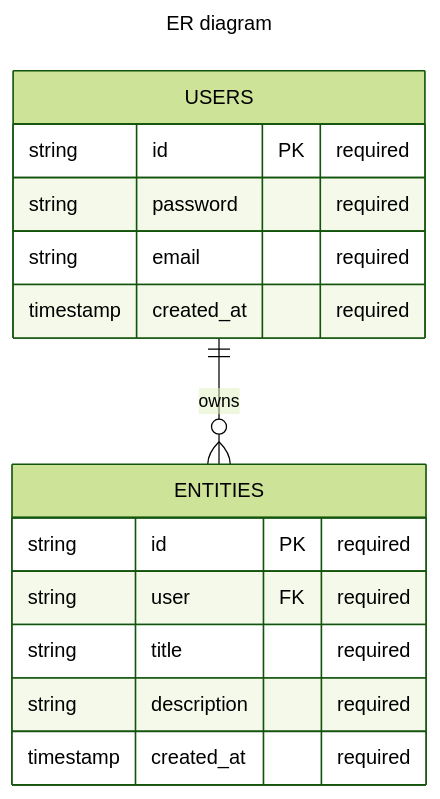
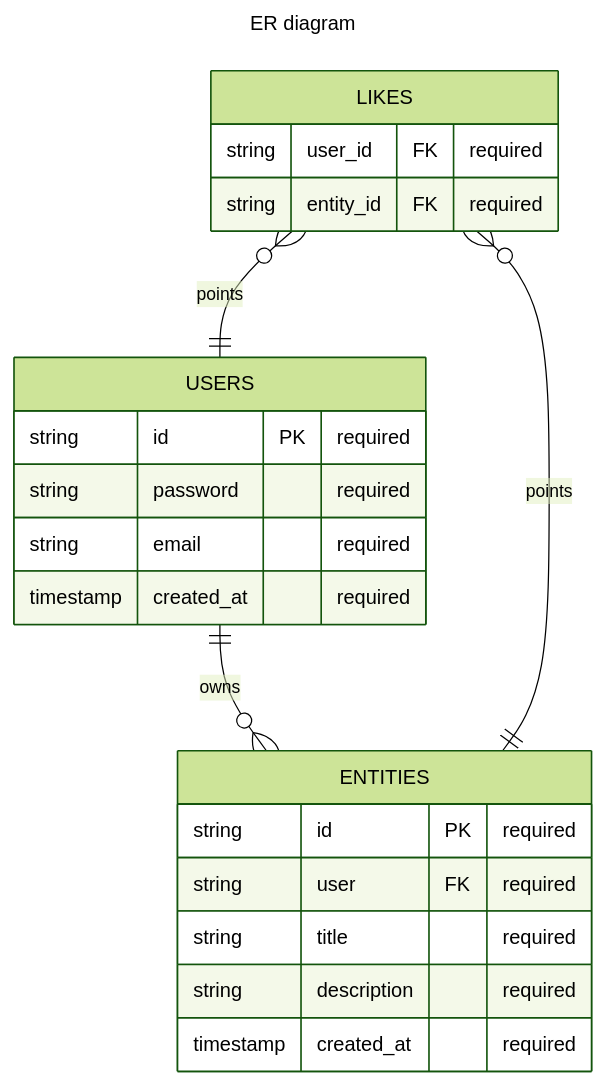
Before and after one commit to GabrielRGBQ/entities: the diagram in diagrams/er_diagram.mmd, drawn with Mermaid (forest theme). The commit also changed 1 other file, not shown here.

Commit message:
Update diagrams

```diff
--- a/diagrams/er_diagram.mmd
+++ b/diagrams/er_diagram.mmd
@@ -1,18 +1,24 @@
 ---
 title: ER diagram
 ---
 erDiagram
     ENTITIES {
         string id PK "required"
         string user FK "required"
         string title "required"
         string description "required"
         timestamp created_at "required"
     }
     USERS ||--o{ ENTITIES : owns
     USERS {
         string id PK "required"
         string password "required"
         string email "required"
         timestamp created_at "required"
     }
+    LIKES o{--|| ENTITIES : points 
+    LIKES o{--|| USERS : points
+    LIKES {
+        string user_id FK "required"
+        string entity_id FK "required"
+    }
```
